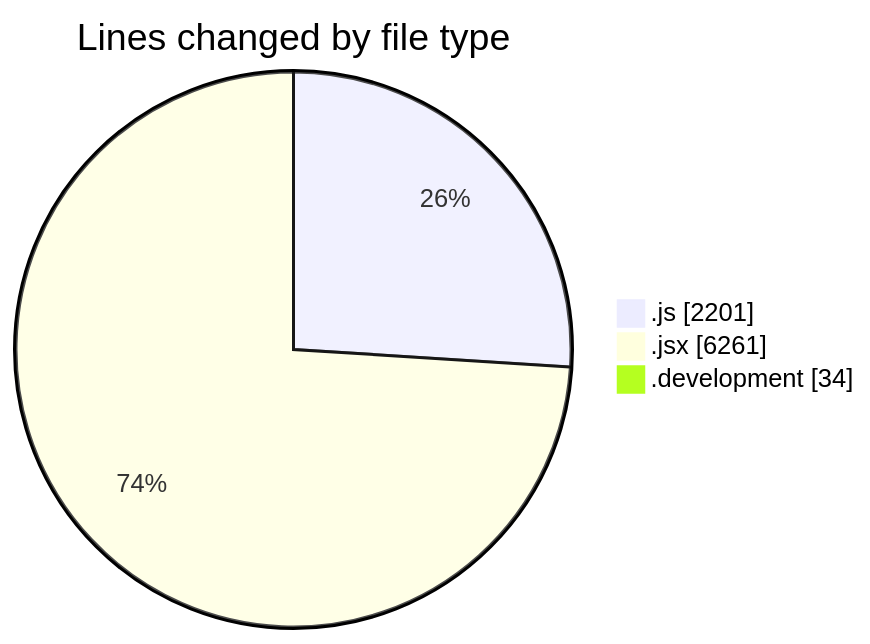
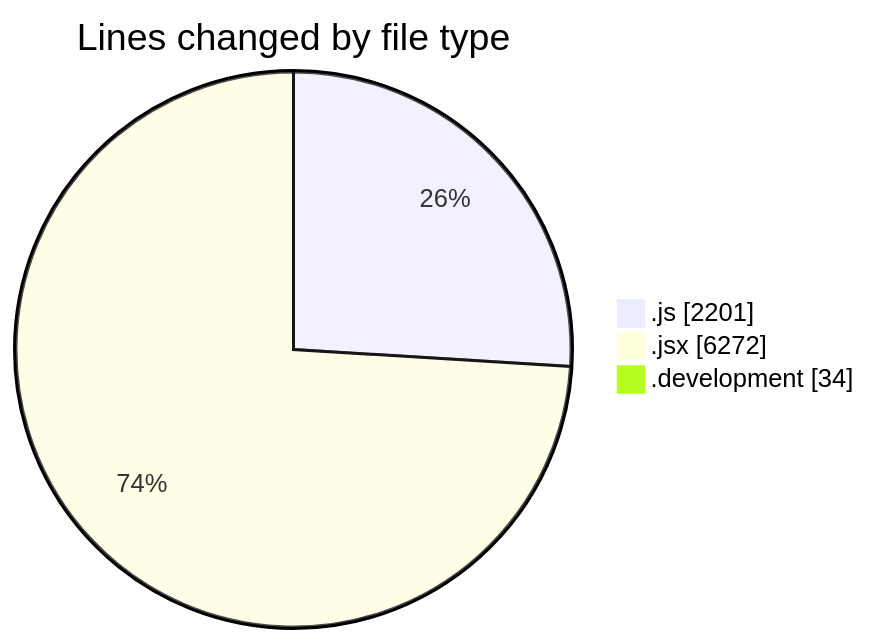
Before and after one commit to nxtqubesakshisongat/code-tracking: the first of 2 diagrams in 2025-09-18/nxtqube_webapp/README.md, drawn with Mermaid. The commit also changed other lines of this file and 1 other file, not shown here.

````diff
--- a/2025-09-18/nxtqube_webapp/README.md
+++ b/2025-09-18/nxtqube_webapp/README.md
@@ -38,7 +38,7 @@
 ```mermaid
 pie showData
 title Lines changed by file type
 ".js" : 2201
-".jsx" : 6261
+".jsx" : 6272
 ".development" : 34
 ```
````
